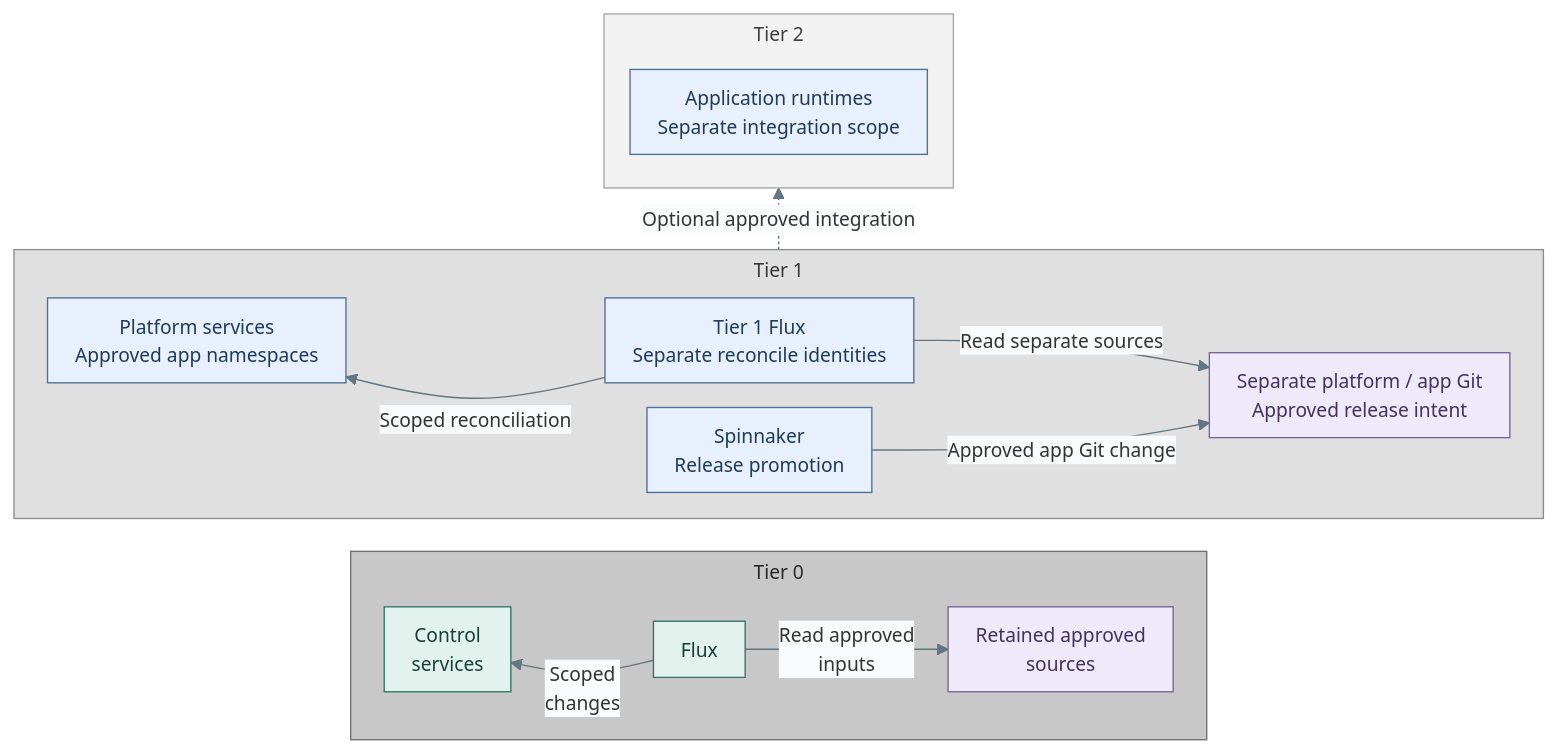
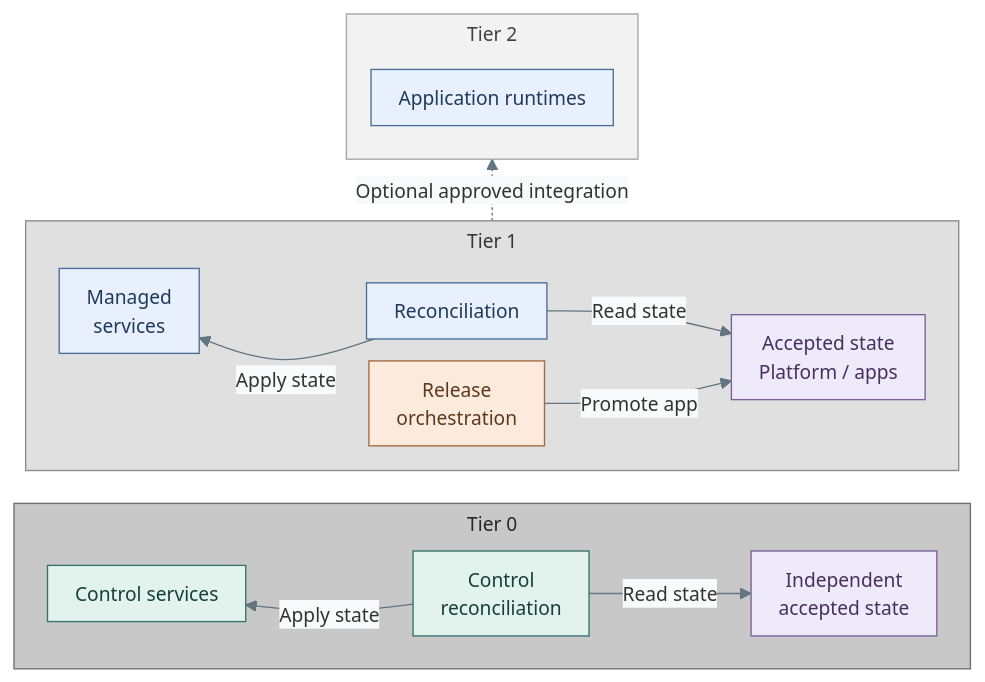
The first of 2 diagrams in docs/01-architecture/10-delivery/02-controllers.md (Rexus/homelab), drawn with Mermaid before and after one commit. The commit also changed other lines of this file and 383 other files, not shown here.

````diff
--- a/docs/01-architecture/10-delivery/02-controllers.md
+++ b/docs/01-architecture/10-delivery/02-controllers.md
@@ -10,42 +8,44 @@
 ```mermaid
-%%{init: {"theme":"base","flowchart":{"nodeSpacing":18,"rankSpacing":24,"padding":10,"wrappingWidth":300,"subGraphTitleMargin":{"top":4,"bottom":12}},"themeVariables":{"lineColor":"#627581","edgeLabelBackground":"#f8fafc","fontFamily":"Arial, sans-serif","fontSize":"14px"},"fontFamily":"Arial, sans-serif"}}%%
+%%{init: {"theme":"base","fontFamily":"Arial, sans-serif","themeVariables":{"lineColor":"#627581","edgeLabelBackground":"#f8fafc","fontFamily":"Arial, sans-serif","fontSize":"14px"},"flowchart":{"nodeSpacing":16,"rankSpacing":24,"padding":10,"subGraphTitleMargin":{"top":4,"bottom":12}}}}%%
 flowchart BT
   subgraph T2["Tier 2"]
-    Workload["Application runtimes<br/>Separate integration scope"]
+    Workload["Application runtimes"]
   end
   subgraph T1["Tier 1"]
     direction LR
-    Platform["Platform services<br/>Approved app namespaces"]
-    D["Spinnaker<br/>Release promotion"]
-    PF["Tier 1 Flux<br/>Separate reconcile identities"]
-    Release["Separate platform / app Git<br/>Approved release intent"]
+    Platform["Managed<br/>services"]
+    D["Release<br/>orchestration"]
+    PF["Reconciliation"]
+    Release["Accepted state<br/>Platform / apps"]
     Platform ~~~ PF
-    PF -- "Scoped reconciliation" --> Platform
-    PF -- "Read separate sources" --> Release
-    D -- "Approved app Git change" --> Release
+    PF -- "Apply state" --> Platform
+    PF -- "Read state" --> Release
+    D -- "Promote app" --> Release
   end
   subgraph T0["Tier 0"]
     direction LR
-    Control["Control<br/>services"]
-    F["Flux"]
-    Approved["Retained approved<br/>sources"]
+    Control["Control services"]
+    F["Control<br/>reconciliation"]
+    Approved["Independent<br/>accepted state"]
     Control ~~~ F
-    F -- "Scoped<br/>changes" --> Control
-    F -- "Read approved<br/>inputs" --> Approved
+    F -- "Apply state" --> Control
+    F -- "Read state" --> Approved
   end
   T0 ~~~ T1
   T1 -. "Optional approved integration" .-> T2
   classDef default fill:#f8fafc,stroke:#64748b,color:#1f2937
   classDef services fill:#e7f0fc,stroke:#4d719b,color:#203a5b
   classDef control fill:#e2f3ed,stroke:#397366,color:#173f36
+  classDef action fill:#fcebdc,stroke:#a16c43,color:#5b3921
   classDef data fill:#eeeafa,stroke:#78639b,color:#42325d
-  class Workload,Platform,D,PF services
+  class Workload,Platform,PF services
+  class D action
   class F,Control control
   class Release,Approved data
   classDef tier0 fill:#c8c8c8,stroke:#707070,color:#262626
   class T0 tier0
   classDef tier1 fill:#e0e0e0,stroke:#8c8c8c,color:#363636
   class T1 tier1
   classDef tier2 fill:#f2f2f2,stroke:#a6a6a6,color:#404040
   class T2 tier2
 ```
````
